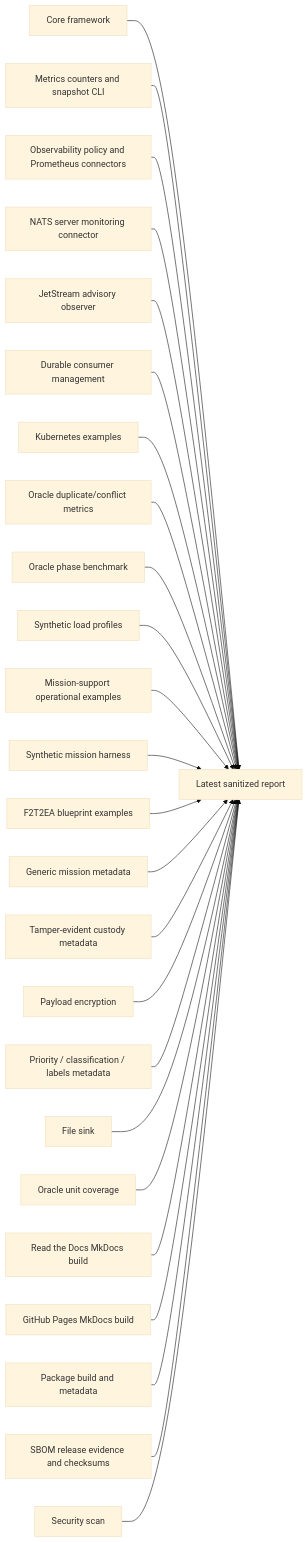
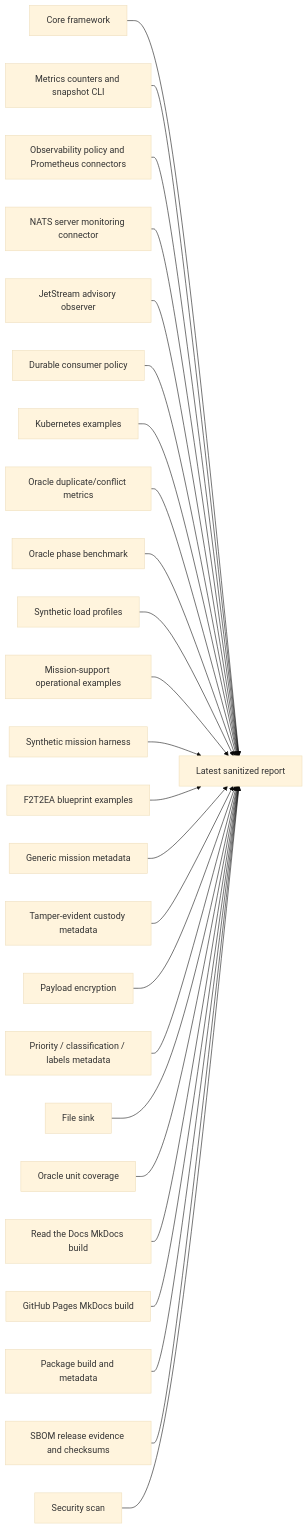
Before and after one commit to ProjectCuillin/nats-sinks: the first of 5 diagrams in docs/test-report.md, drawn with Mermaid (base theme). The commit also changed other lines of this file and 21 other files, not shown here.

Commit message:
Add richer JetStream consumer policy config

````diff
--- a/docs/test-report.md
+++ b/docs/test-report.md
@@ -86,27 +88,27 @@
 ```mermaid
 flowchart LR
     Core[Core framework] --> Report[Latest sanitized report]
     Metrics[Metrics counters and snapshot CLI] --> Report
     Observe[Observability policy and Prometheus connectors] --> Report
     NATSMon[NATS server monitoring connector] --> Report
     Advisories[JetStream advisory observer] --> Report
-    Consumers[Durable consumer management] --> Report
+    Consumers[Durable consumer policy] --> Report
     K8s[Kubernetes examples] --> Report
     OracleMetrics[Oracle duplicate/conflict metrics] --> Report
     OracleBenchmark[Oracle phase benchmark] --> Report
     LoadProfiles[Synthetic load profiles] --> Report
     MissionOps[Mission-support operational examples] --> Report
     Synthetic[Synthetic mission harness] --> Report
     F2T2EA[F2T2EA blueprint examples] --> Report
     MissionMeta[Generic mission metadata] --> Report
     Custody[Tamper-evident custody metadata] --> Report
     Crypto[Payload encryption] --> Report
     MessageMeta[Priority / classification / labels metadata] --> Report
     File[File sink] --> Report
     OracleUnit[Oracle unit coverage] --> Report
     DocsRTD[Read the Docs MkDocs build] --> Report
     DocsPages[GitHub Pages MkDocs build] --> Report
     Package[Package build and metadata] --> Report
     SBOM[SBOM release evidence and checksums] --> Report
     Security[Security scan] --> Report
 ```
````
